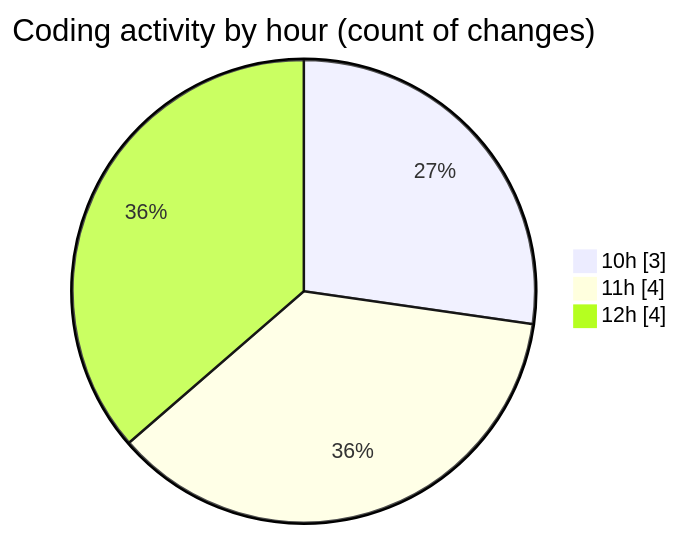
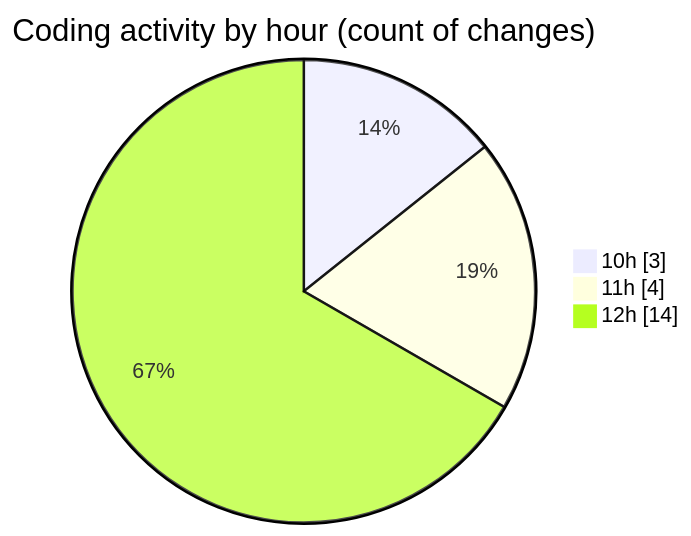
Before and after one commit to momahboobian/code-tracking: the second of 2 diagrams in 2026-05-18/cda/README.md, drawn with Mermaid. The commit also changed other lines of this file and 1 other file, not shown here.

````diff
--- a/2026-05-18/cda/README.md
+++ b/2026-05-18/cda/README.md
@@ -38,7 +43,7 @@
 ```mermaid
 pie showData
 title Coding activity by hour (count of changes)
 "10h" : 3
 "11h" : 4
-"12h" : 4
+"12h" : 14
 ```
````
